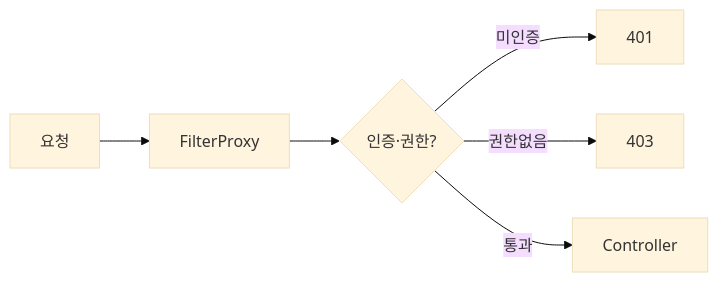
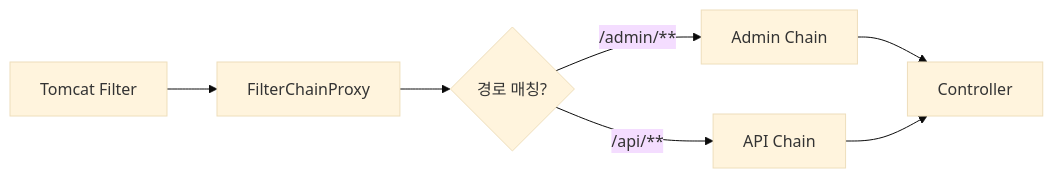
The first of 6 diagrams in _posts/spring/2026-05-02-spring-security-deep.md (yjkim2015/yjkim2015.github.io), drawn with Mermaid (base theme) before and after one commit. The commit also changed other lines of this file and 4 other files, not shown here.

````diff
--- a/_posts/spring/2026-05-02-spring-security-deep.md
+++ b/_posts/spring/2026-05-02-spring-security-deep.md
@@ -32,8 +36,9 @@
 ```mermaid
 graph LR
-    A[요청] --> B[FilterProxy]
-    B --> C{인증·권한?}
-    C -->|미인증| D[401]
-    C -->|권한없음| E[403]
-    C -->|통과| F[Controller]
+    A[Tomcat Filter] --> B[FilterChainProxy]
+    B --> C{경로 매칭?}
+    C -->|/admin/**| D[Admin Chain]
+    C -->|/api/**| E[API Chain]
+    D --> F[Controller]
+    E --> F
 ```
````
